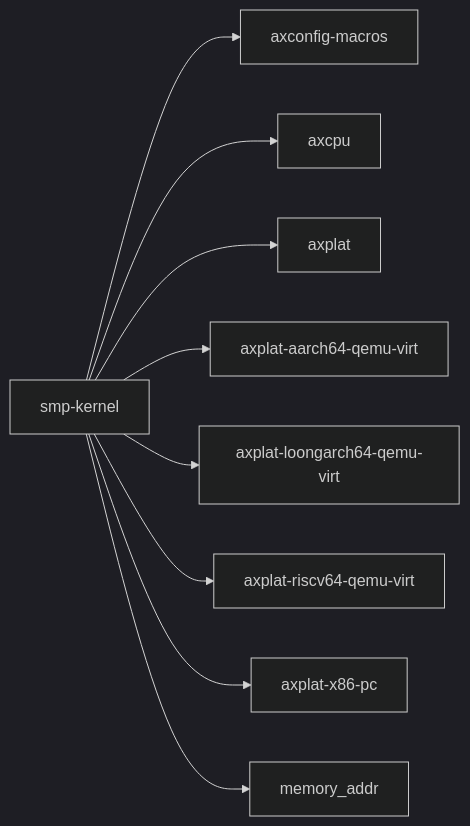
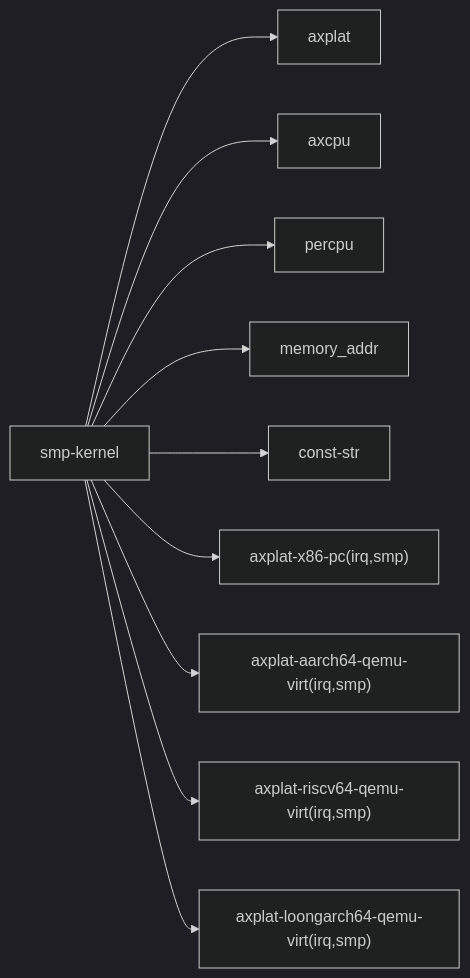
One commit to rcore-os/tgoskits changed the third of 3 diagrams in docs/crates/smp-kernel.md. Above: the diagram before and after it, drawn with Mermaid (dark theme). The commit also changed other lines of this file and 99 other files, not shown here.

````diff
--- a/docs/crates/smp-kernel.md
+++ b/docs/crates/smp-kernel.md
@@ -37,12 +98,12 @@
 ```mermaid
 graph LR
-    current["smp-kernel"]
-    current --> axconfig_macros["axconfig-macros"]
-    current --> axcpu["axcpu"]
-    current --> axplat["axplat"]
-    current --> axplat_aarch64_qemu_virt["axplat-aarch64-qemu-virt"]
-    current --> axplat_loongarch64_qemu_virt["axplat-loongarch64-qemu-virt"]
-    current --> axplat_riscv64_qemu_virt["axplat-riscv64-qemu-virt"]
-    current --> axplat_x86_pc["axplat-x86-pc"]
-    current --> memory_addr["memory_addr"]
+    sample["smp-kernel"] --> axplat["axplat"]
+    sample --> axcpu["axcpu"]
+    sample --> percpu["percpu"]
+    sample --> memaddr["memory_addr"]
+    sample --> conststr["const-str"]
+    sample --> x86["axplat-x86-pc(irq,smp)"]
+    sample --> a64["axplat-aarch64-qemu-virt(irq,smp)"]
+    sample --> rv["axplat-riscv64-qemu-virt(irq,smp)"]
+    sample --> loong["axplat-loongarch64-qemu-virt(irq,smp)"]
 ```
````
